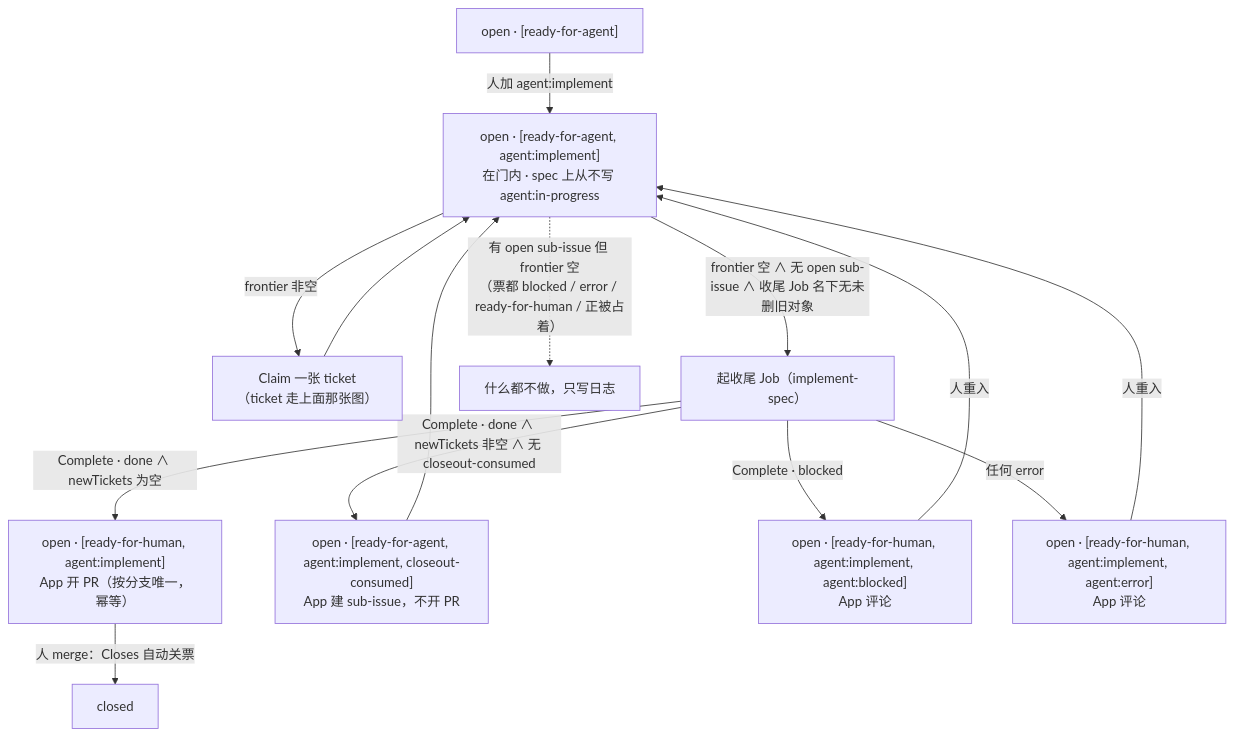
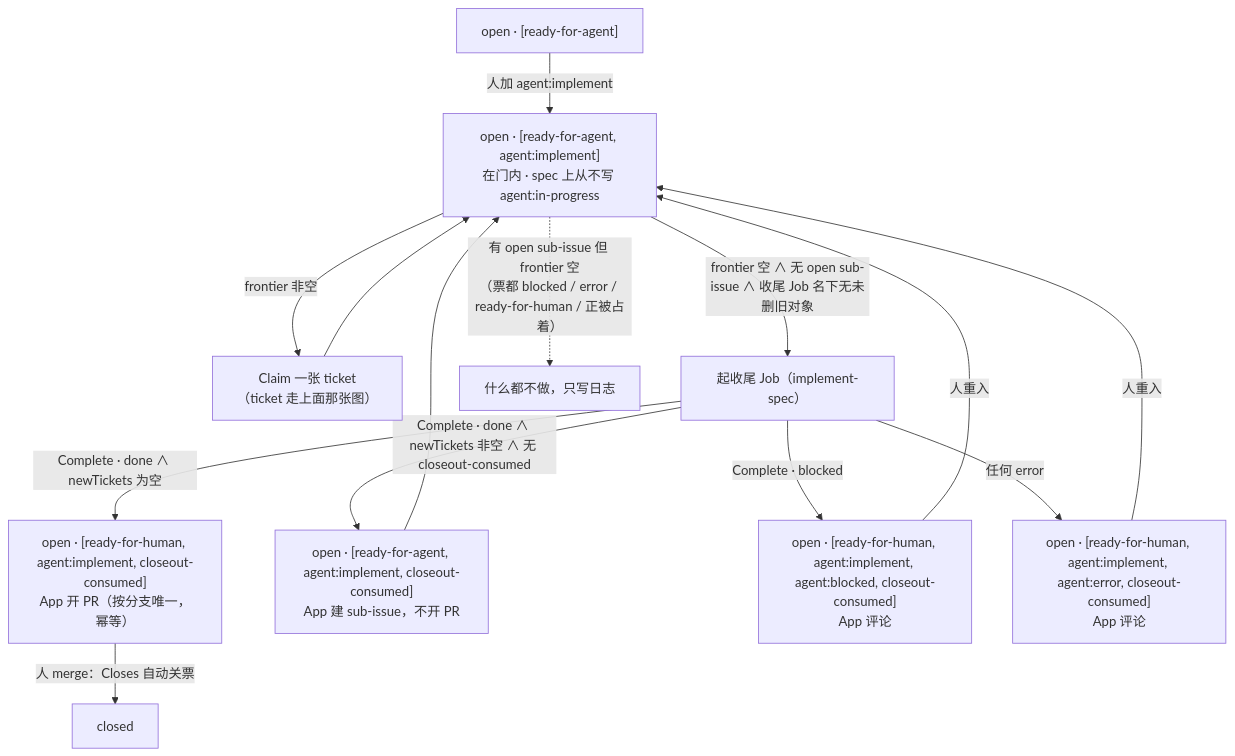
One commit to 2017fighting/remote-agent changed the fifth of 9 diagrams in docs/architecture.md. Above: the diagram before and after it, drawn with Mermaid. The commit also changed other lines of this file and 16 other files, not shown here.

````diff
--- a/docs/architecture.md
+++ b/docs/architecture.md
@@ -268,16 +270,16 @@
 ```mermaid
 flowchart TD
     S0["open · [ready-for-agent]"] -->|"人加 agent:implement"| S1["open · [ready-for-agent, agent:implement]<br/>在门内 · spec 上从不写 agent:in-progress"]
     S1 -->|"frontier 非空"| Claim["Claim 一张 ticket<br/>（ticket 走上面那张图）"]
     Claim --> S1
     S1 -->|"frontier 空 ∧ 无 open sub-issue ∧ 收尾 Job 名下无未删旧对象"| S2["起收尾 Job（implement-spec）"]
     S1 -.->|"有 open sub-issue 但 frontier 空<br/>（票都 blocked / error / ready-for-human / 正被占着）"| Idle["什么都不做，只写日志"]
-    S2 -->|"Complete · done ∧ newTickets 为空"| S3["open · [ready-for-human, agent:implement]<br/>App 开 PR（按分支唯一，幂等）"]
+    S2 -->|"Complete · done ∧ newTickets 为空"| S3["open · [ready-for-human, agent:implement, closeout-consumed]<br/>App 开 PR（按分支唯一，幂等）"]
     S2 -->|"Complete · done ∧ newTickets 非空 ∧ 无 closeout-consumed"| S3N["open · [ready-for-agent, agent:implement, closeout-consumed]<br/>App 建 sub-issue，不开 PR"]
     S3N --> S1
-    S2 -->|"Complete · blocked"| S4["open · [ready-for-human, agent:implement, agent:blocked]<br/>App 评论"]
-    S2 -->|"任何 error"| S5["open · [ready-for-human, agent:implement, agent:error]<br/>App 评论"]
+    S2 -->|"Complete · blocked"| S4["open · [ready-for-human, agent:implement, agent:blocked, closeout-consumed]<br/>App 评论"]
+    S2 -->|"任何 error"| S5["open · [ready-for-human, agent:implement, agent:error, closeout-consumed]<br/>App 评论"]
     S3 -->|"人 merge：Closes 自动关票"| Done["closed"]
     S4 -->|"人重入"| S1
     S5 -->|"人重入"| S1
 ```
````
